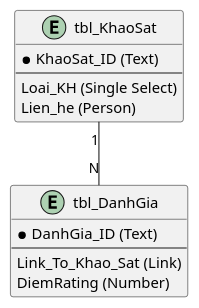
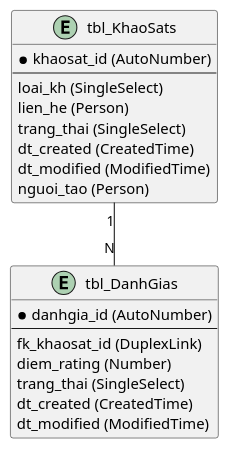
The second of 3 diagrams in 04_Templates/Tpl_UML_Guide.md (stevenguyen090/Knowledge-Lark-Consult), drawn with PlantUML before and after one commit. The commit also changed other lines of this file and 6 other files, not shown here.

```diff
--- a/04_Templates/Tpl_UML_Guide.md
+++ b/04_Templates/Tpl_UML_Guide.md
@@ -41,15 +42,22 @@
 @startuml
-entity "tbl_KhaoSat" as P_KhaoSat {
-  * KhaoSat_ID (Text)
+entity "tbl_KhaoSats" as P_KhaoSat {
+  * khaosat_id (AutoNumber)
   --
-  Loai_KH (Single Select)
-  Lien_he (Person)
+  loai_kh (SingleSelect)
+  lien_he (Person)
+  trang_thai (SingleSelect)
+  dt_created (CreatedTime)
+  dt_modified (ModifiedTime)
+  nguoi_tao (Person)
 }
-entity "tbl_DanhGia" as P_DanhGia {
-  * DanhGia_ID (Text)
+entity "tbl_DanhGias" as P_DanhGia {
+  * danhgia_id (AutoNumber)
   --
-  Link_To_Khao_Sat (Link)
-  DiemRating (Number)
+  fk_khaosat_id (DuplexLink)
+  diem_rating (Number)
+  trang_thai (SingleSelect)
+  dt_created (CreatedTime)
+  dt_modified (ModifiedTime)
 }
 P_KhaoSat "1" -- "N" P_DanhGia
 @enduml
```
